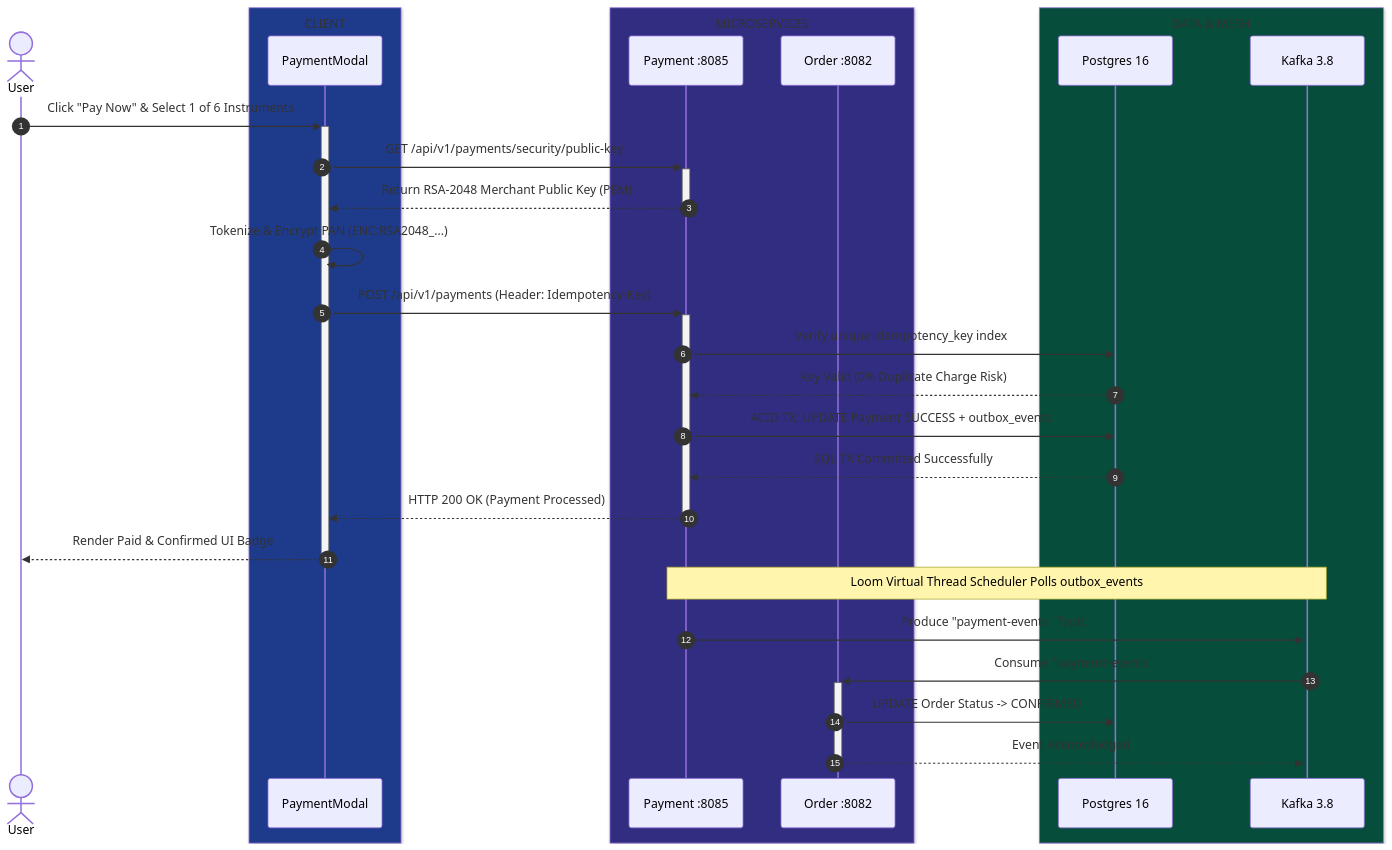
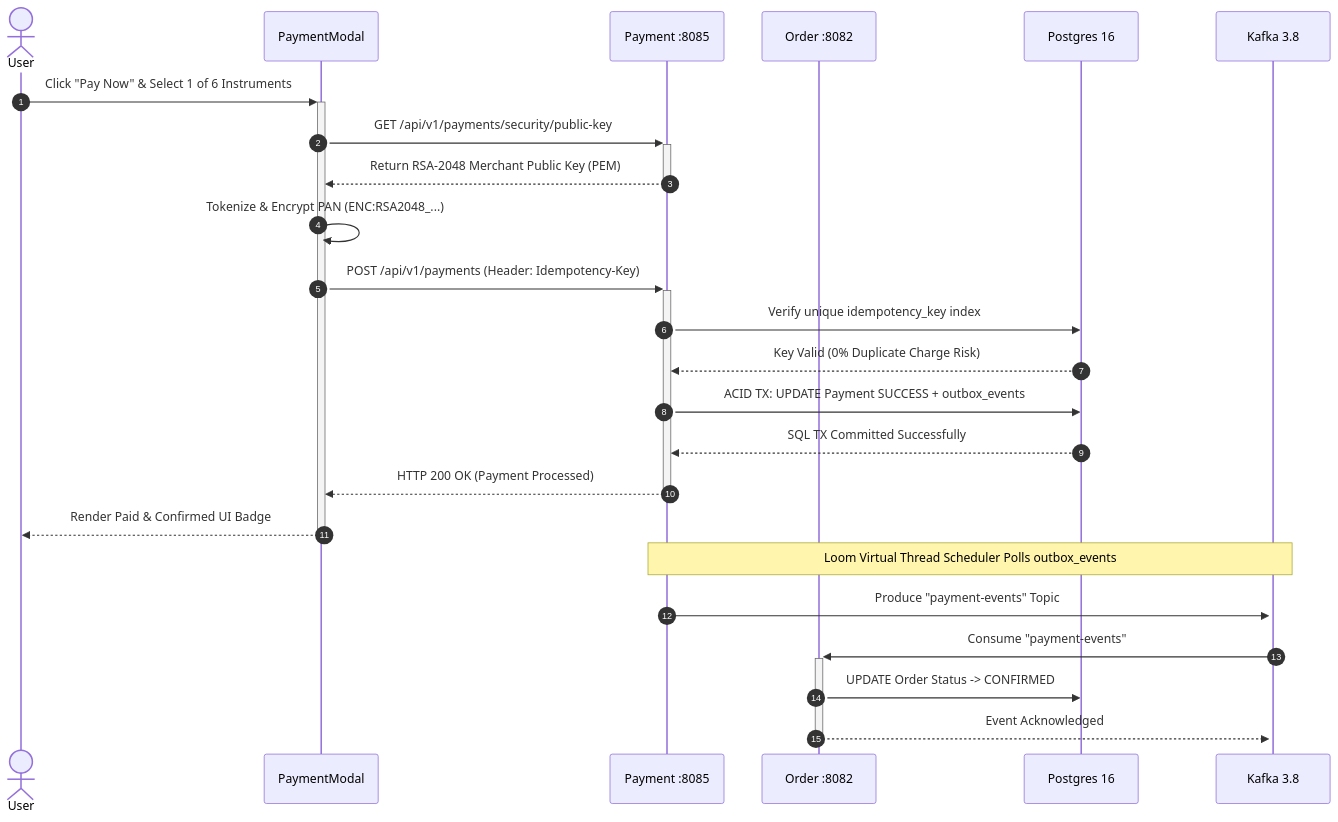
One commit to Aaseya120/Java_21_ReactJs_FullStack changed the third of 4 diagrams in README.md. Above: the diagram before and after it, drawn with Mermaid. The commit also changed other lines of this file, not shown here.

````diff
--- a/README.md
+++ b/README.md
@@ -171,36 +148,27 @@
 ```mermaid
 sequenceDiagram
     autonumber
-    actor User as User
-    
-    box rgb(30, 58, 138) CLIENT
+    actor User
     participant UI as PaymentModal
-    end
-    
-    box rgb(49, 46, 129) MICROSERVICES
     participant PAY as Payment :8085
     participant OS as Order :8082
-    end
-    
-    box rgb(6, 78, 59) DATA & MESH
     participant DB as Postgres 16
     participant KF as Kafka 3.8
-    end
 
     User->>+UI: Click "Pay Now" & Select 1 of 6 Instruments
     UI->>+PAY: GET /api/v1/payments/security/public-key
     PAY-->>-UI: Return RSA-2048 Merchant Public Key (PEM)
     UI->>UI: Tokenize & Encrypt PAN (ENC:RSA2048_...)
     UI->>+PAY: POST /api/v1/payments (Header: Idempotency-Key)
     PAY->>DB: Verify unique idempotency_key index
     DB-->>PAY: Key Valid (0% Duplicate Charge Risk)
     PAY->>DB: ACID TX: UPDATE Payment SUCCESS + outbox_events
     DB-->>PAY: SQL TX Committed Successfully
     PAY-->>-UI: HTTP 200 OK (Payment Processed)
     UI-->>-User: Render Paid & Confirmed UI Badge
     Note over PAY,KF: Loom Virtual Thread Scheduler Polls outbox_events
     PAY->>+KF: Produce "payment-events" Topic
     KF->>+OS: Consume "payment-events"
     OS->>DB: UPDATE Order Status -> CONFIRMED
     OS-->>-KF: Event Acknowledged
 ```
````
